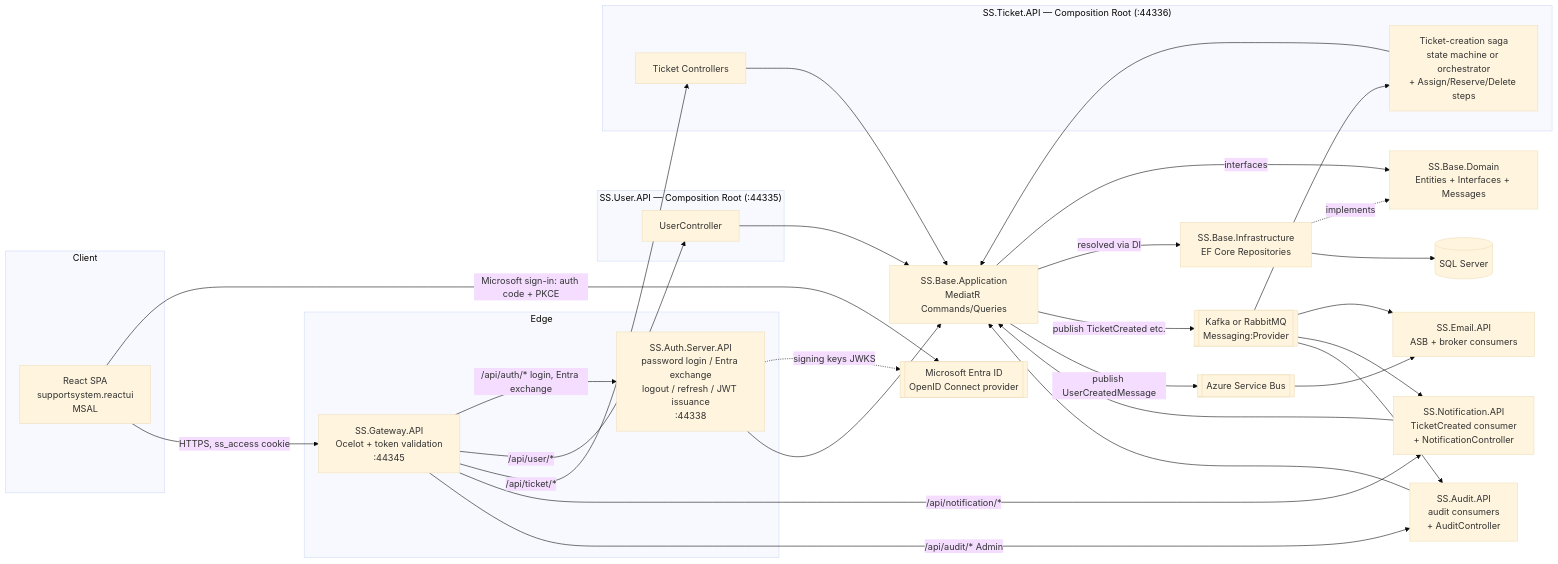
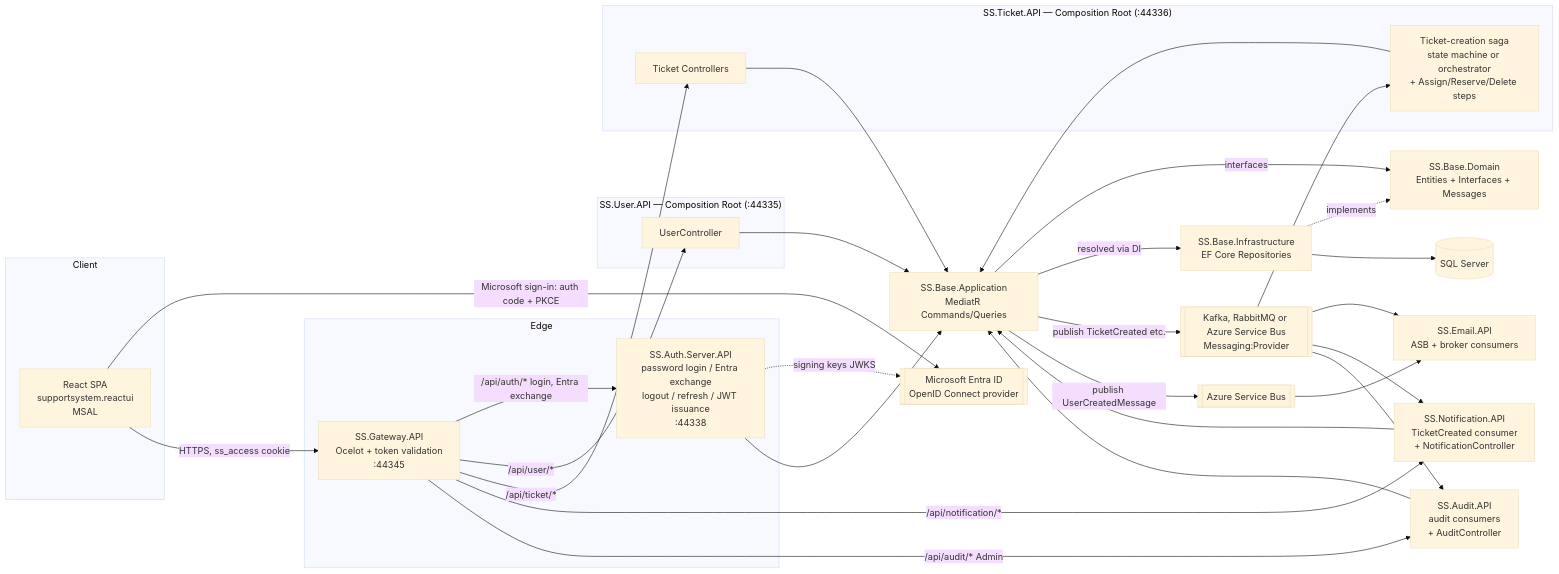
One commit to narendransekar7/Support changed the first of 2 diagrams in SupportSystemManagement/SupportSystem/ARCHITECTURE.md. Above: the diagram before and after it, drawn with Mermaid (base theme). The commit also changed other lines of this file and 33 other files, not shown here.

First line of the commit message:
Carry ticket messages on Azure Service Bus as a third provider

````diff
--- a/SupportSystemManagement/SupportSystem/ARCHITECTURE.md
+++ b/SupportSystemManagement/SupportSystem/ARCHITECTURE.md
@@ -26,60 +26,60 @@
 ```mermaid
 flowchart LR
     subgraph Client
         UI[React SPA<br/>supportsystem.reactui<br/>MSAL]
     end
 
     ENTRA[[Microsoft Entra ID<br/>OpenID Connect provider]]
 
     subgraph Edge
         GW[SS.Gateway.API<br/>Ocelot + token validation<br/>:44345]
         AUTH[SS.Auth.Server.API<br/>password login / Entra exchange<br/>logout / refresh / JWT issuance<br/>:44338]
     end
 
     subgraph UserCore["SS.User.API — Composition Root (:44335)"]
         UAPI[UserController]
     end
 
     subgraph TicketCore["SS.Ticket.API — Composition Root (:44336)"]
         TAPI[Ticket Controllers]
         SAGA[Ticket-creation saga<br/>state machine or orchestrator<br/>+ Assign/Reserve/Delete steps]
     end
 
     NOTIF[SS.Notification.API<br/>TicketCreated consumer<br/>+ NotificationController]
     AUDIT[SS.Audit.API<br/>audit consumers<br/>+ AuditController]
 
     APP[SS.Base.Application<br/>MediatR Commands/Queries]
     DOM[SS.Base.Domain<br/>Entities + Interfaces + Messages]
     INFRA[SS.Base.Infrastructure<br/>EF Core Repositories]
 
     DB[(SQL Server)]
     ASB[[Azure Service Bus]]
-    MQ[[Kafka or RabbitMQ<br/>Messaging:Provider]]
+    MQ[[Kafka, RabbitMQ or Azure Service Bus<br/>Messaging:Provider]]
     EMAIL[SS.Email.API<br/>ASB + broker consumers]
 
     UI -->|Microsoft sign-in: auth code + PKCE| ENTRA
     UI -->|HTTPS, ss_access cookie| GW
     AUTH -.signing keys JWKS.-> ENTRA
     GW -->|/api/auth/* login, Entra exchange| AUTH
     GW -->|/api/user/*| UAPI
     GW -->|/api/ticket/*| TAPI
     GW -->|/api/notification/*| NOTIF
     GW -->|/api/audit/* Admin| AUDIT
     AUTH --> APP
     UAPI --> APP
     TAPI --> APP
     SAGA --> APP
     APP -->|interfaces| DOM
     INFRA -.implements.-> DOM
     APP -->|resolved via DI| INFRA
     INFRA --> DB
     APP -->|publish TicketCreated etc.| MQ
     MQ --> SAGA
     MQ --> EMAIL
     MQ --> NOTIF
     MQ --> AUDIT
     NOTIF --> APP
     AUDIT --> APP
     APP -->|publish UserCreatedMessage| ASB
     ASB --> EMAIL
 ```
````
